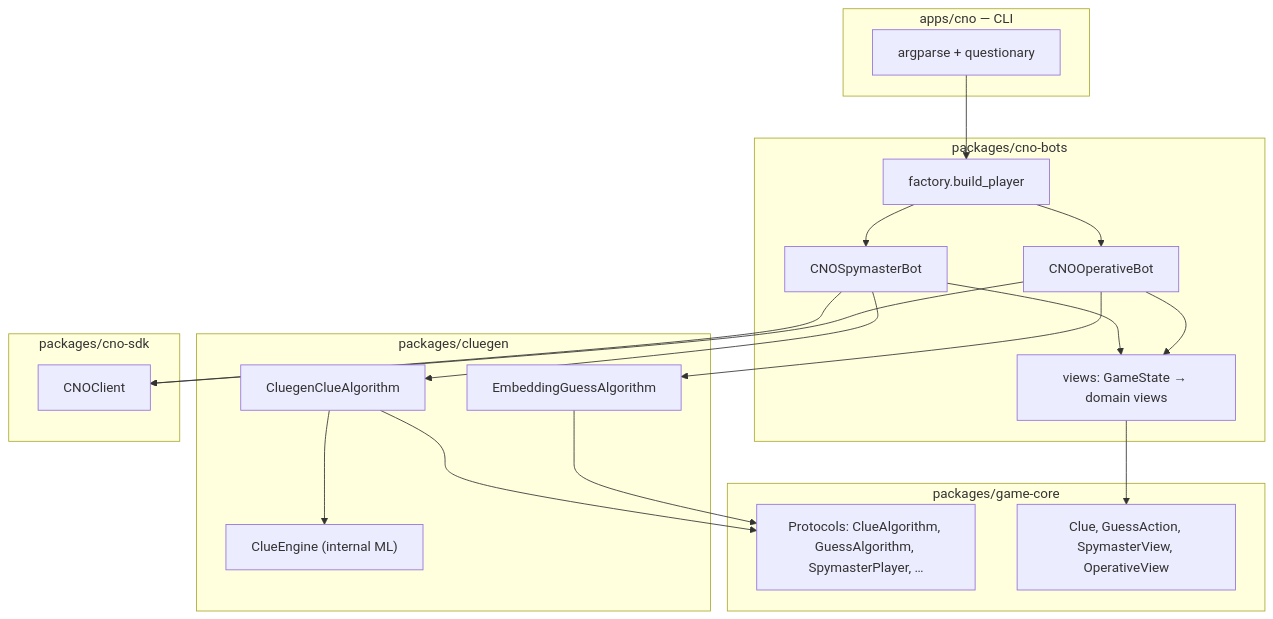
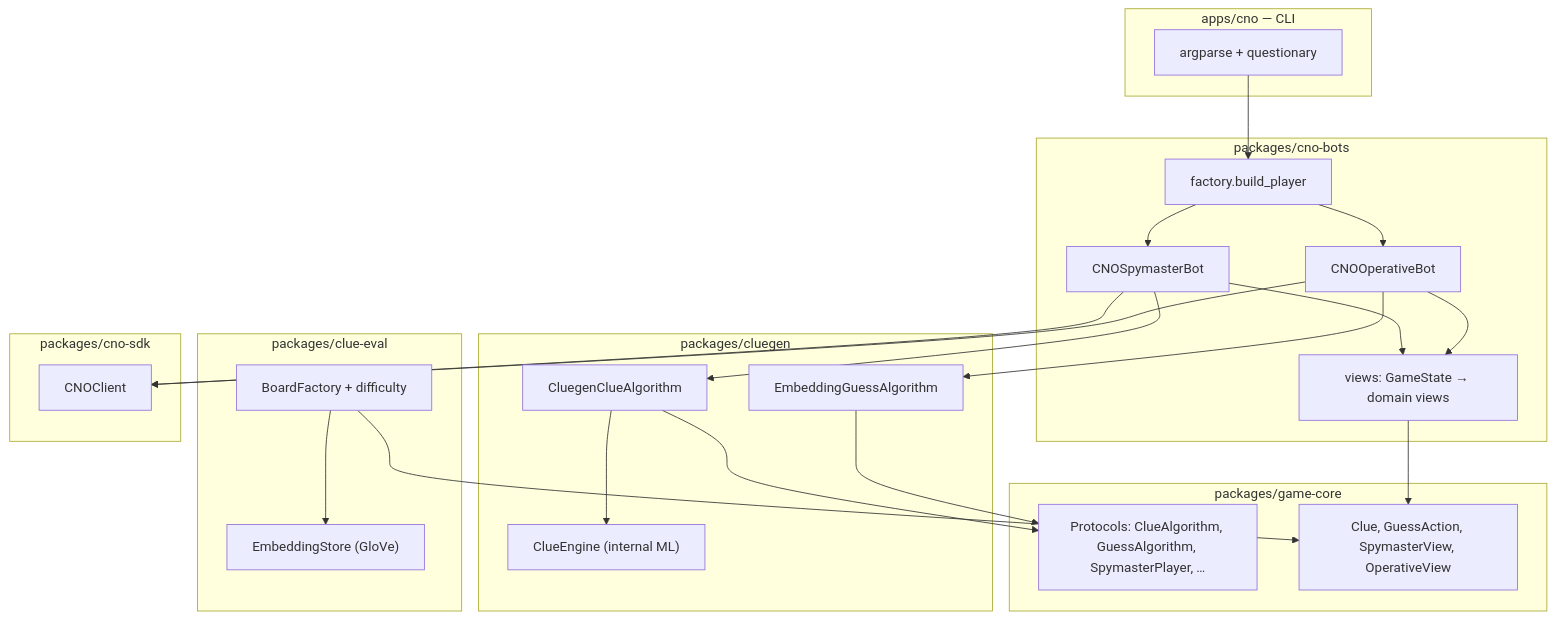
One commit to cmlees0617/codenames-ai changed the diagram in docs/architecture/overview.md. Above: the diagram before and after it, drawn with Mermaid. The commit also changed other lines of this file and 14 other files, not shown here.

````diff
--- a/docs/architecture/overview.md
+++ b/docs/architecture/overview.md
@@ -16,42 +16,49 @@
 ```mermaid
 flowchart TB
   subgraph cli ["apps/cno — CLI"]
     CLI["argparse + questionary"]
   end
 
   subgraph bots ["packages/cno-bots"]
     Factory["factory.build_player"]
     SMB["CNOSpymasterBot"]
     OPB["CNOOperativeBot"]
     Views["views: GameState → domain views"]
   end
 
   subgraph domain ["packages/game-core"]
     Proto["Protocols: ClueAlgorithm, GuessAlgorithm, SpymasterPlayer, …"]
     Types["Clue, GuessAction, SpymasterView, OperativeView"]
   end
 
   subgraph algo ["packages/cluegen"]
     CA["CluegenClueAlgorithm"]
     GA["EmbeddingGuessAlgorithm"]
     CE["ClueEngine (internal ML)"]
   end
 
+  subgraph eval ["packages/clue-eval"]
+    BF["BoardFactory + difficulty"]
+    ES["EmbeddingStore (GloVe)"]
+  end
+
   subgraph wire ["packages/cno-sdk"]
     Client["CNOClient"]
   end
 
   CLI --> Factory
   Factory --> SMB
   Factory --> OPB
   SMB --> Views
   OPB --> Views
   SMB --> CA
   OPB --> GA
   CA --> Proto
   GA --> Proto
   CA --> CE
   SMB --> Client
   OPB --> Client
   Views --> Types
+  BF --> ES
+  BF --> Types
 ```
````
